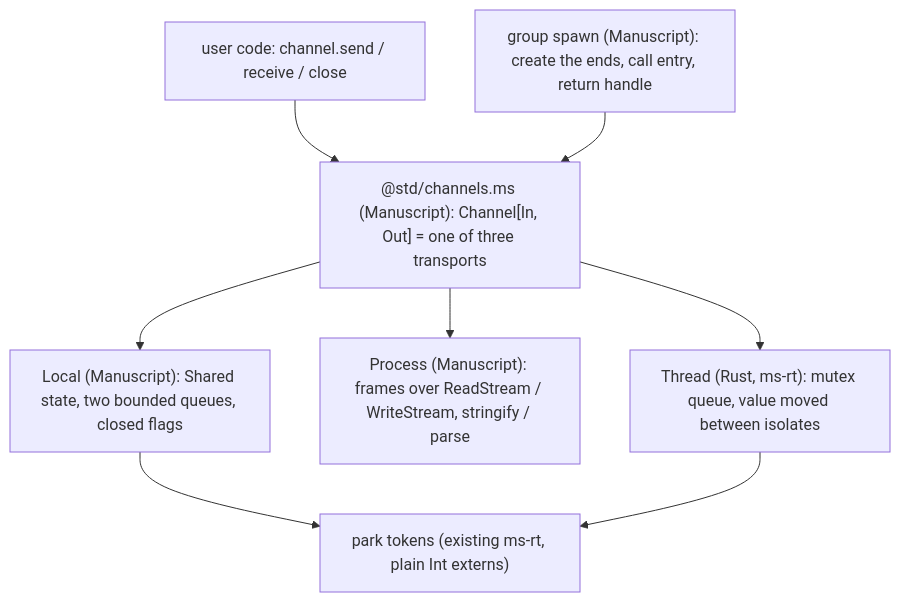
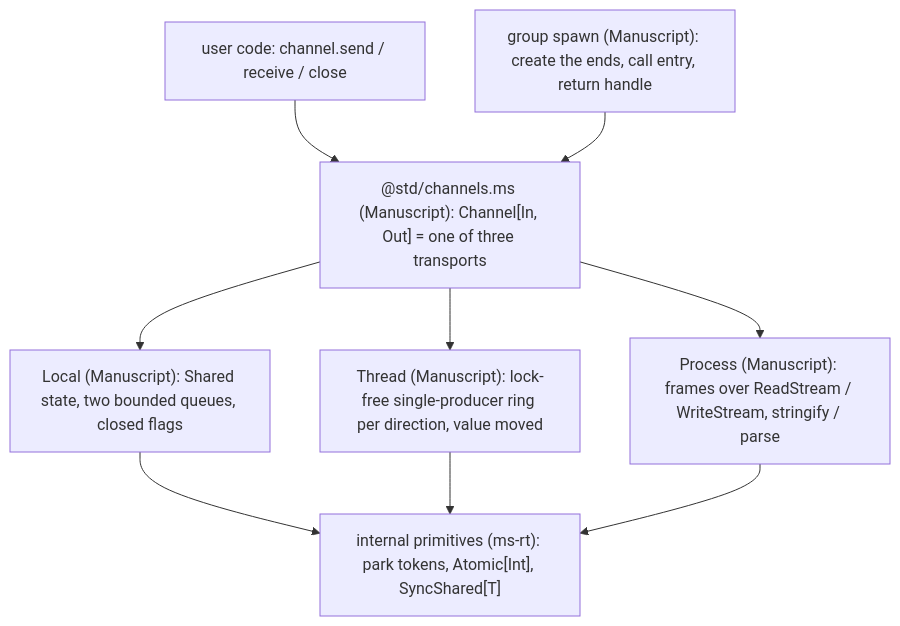
One commit to manuscript-lang/manuscript changed the diagram in proposals/channels.md. Above: the diagram before and after it, drawn with Mermaid. The commit also changed other lines of this file, not shown here.

First line of the commit message:
Channels proposal: thread transport in Manuscript over internal Atomic and SyncShared

````diff
--- a/proposals/channels.md
+++ b/proposals/channels.md
@@ -74,17 +74,18 @@
 ```mermaid
 flowchart TB
   U["user code: channel.send / receive / close"]
   C["@std/channels.ms (Manuscript): Channel[In, Out] = one of three transports"]
   L["Local (Manuscript): Shared state, two bounded queues, closed flags"]
   P["Process (Manuscript): frames over ReadStream / WriteStream, stringify / parse"]
-  T["Thread (Rust, ms-rt): mutex queue, value moved between isolates"]
-  K["park tokens (existing ms-rt, plain Int externs)"]
+  T["Thread (Manuscript): lock-free single-producer ring per direction, value moved"]
+  K["internal primitives (ms-rt): park tokens, Atomic[Int], SyncShared[T]"]
   G["group spawn (Manuscript): create the ends, call entry, return handle"]
   U --> C
   C --> L
   C --> P
   C --> T
   L --> K
   T --> K
+  P --> K
   G --> C
 ```
````
